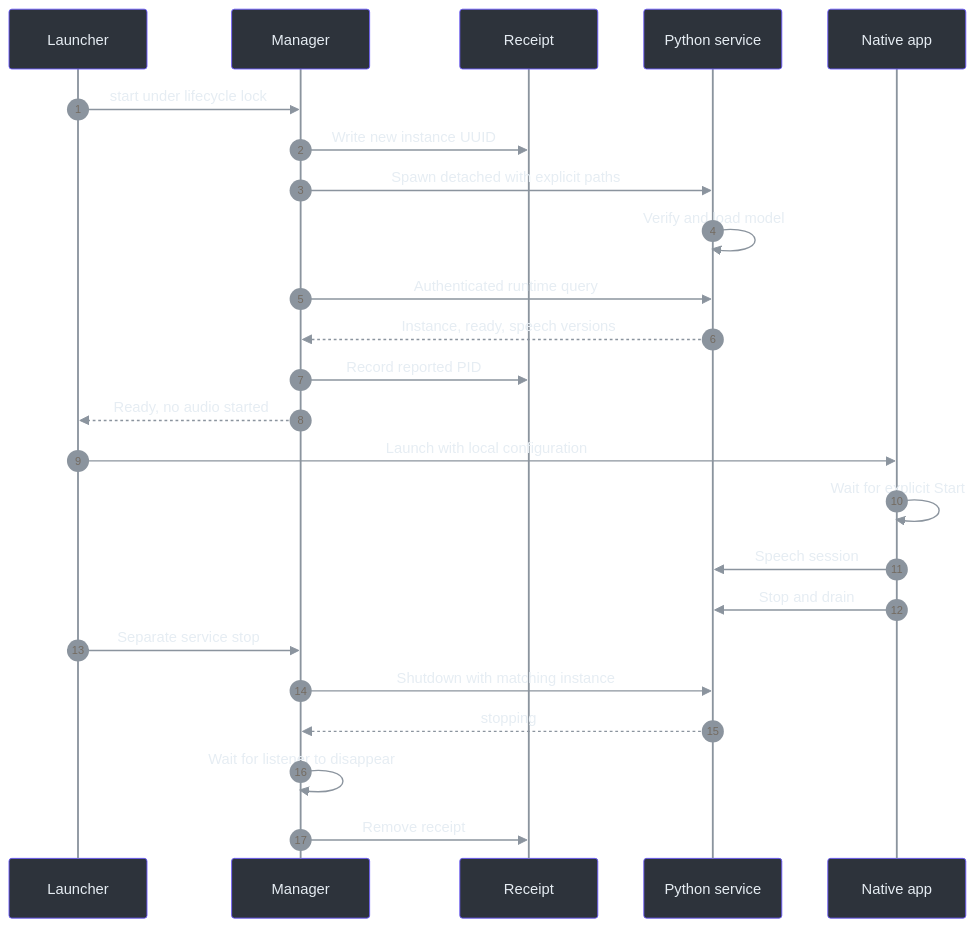
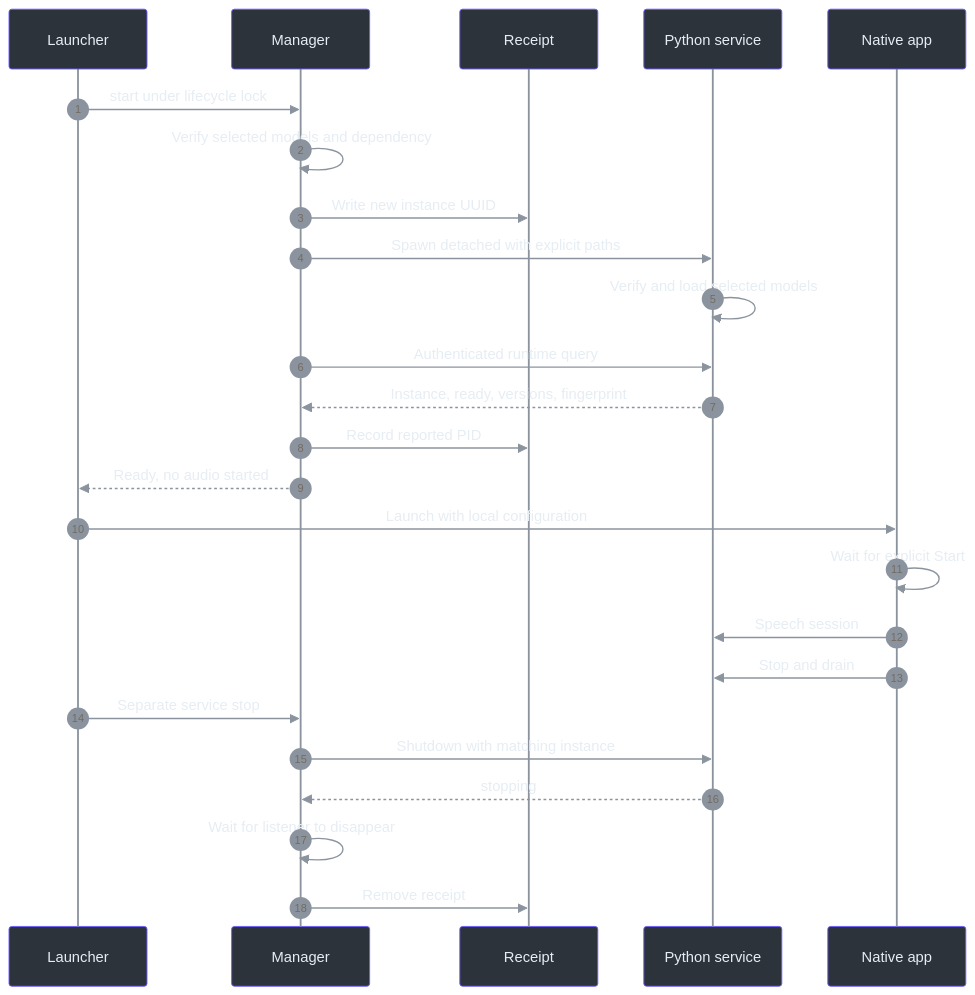
The second of 2 diagrams in docs/handbook/10-native-service-lifecycle.md (Zanark/phantom-fudge), drawn with Mermaid before and after one commit. The commit also changed other lines of this file and 371 other files, not shown here.

````diff
--- a/docs/handbook/10-native-service-lifecycle.md
+++ b/docs/handbook/10-native-service-lifecycle.md
@@ -129,31 +136,32 @@
 ```mermaid
 ---
 config: {"theme":"base","themeVariables":{"primaryColor":"#2d333b","primaryBorderColor":"#6d5dfc","primaryTextColor":"#e6edf3","lineColor":"#8b949e","actorBkg":"#2d333b","actorBorder":"#6d5dfc","actorTextColor":"#e6edf3","actorLineColor":"#8b949e","signalColor":"#8b949e","signalTextColor":"#e6edf3","noteBkgColor":"#161b22","noteBorderColor":"#30363d","noteTextColor":"#e6edf3"}}
 ---
 sequenceDiagram
     accTitle: Native cold start does not start capture
-    accDescr: The manager writes ownership before spawn and verifies readiness before the application can explicitly request recording.
+    accDescr: The manager verifies selected models before writing ownership and spawning, then checks readiness and fingerprint without starting capture.
     autonumber
     participant L as Launcher
     participant M as Manager
     participant R as Receipt
     participant S as Python service
     participant A as Native app
     L->>M: start under lifecycle lock
+    M->>M: Verify selected models and dependency
     M->>R: Write new instance UUID
     M->>S: Spawn detached with explicit paths
-    S->>S: Verify and load model
+    S->>S: Verify and load selected models
     M->>S: Authenticated runtime query
-    S-->>M: Instance, ready, speech versions
+    S-->>M: Instance, ready, versions, fingerprint
     M->>R: Record reported PID
     M-->>L: Ready, no audio started
     L->>A: Launch with local configuration
     A->>A: Wait for explicit Start
     A->>S: Speech session
     A->>S: Stop and drain
     L->>M: Separate service stop
     M->>S: Shutdown with matching instance
     S-->>M: stopping
     M->>M: Wait for listener to disappear
     M->>R: Remove receipt
 ```
````
